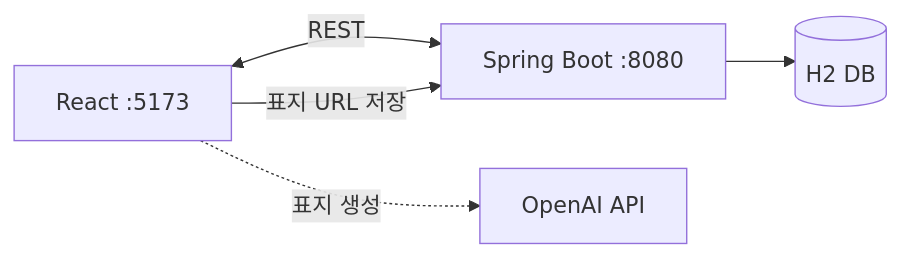
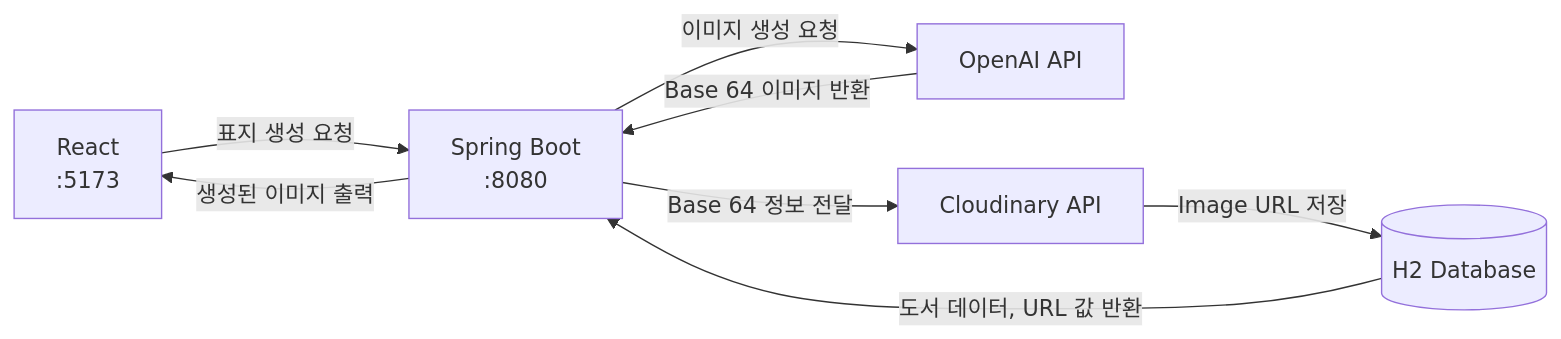
One commit to minwook-Kang/booksBackend changed the second of 4 diagrams in README.md. Above: the diagram before and after it, drawn with Mermaid. The commit also changed other lines of this file, not shown here.

````diff
--- a/README.md
+++ b/README.md
@@ -46,7 +50,16 @@
 ```mermaid
 flowchart LR
-    R[React :5173] <-->|REST| S[Spring Boot :8080]
-    S --> H2[(H2 DB)]
-    R -.->|표지 생성| OAI[OpenAI API]
-    R -->|표지 URL 저장| S
+    R[React<br/>:5173]
+    S[Spring Boot<br/>:8080]
+    O[OpenAI API]
+    C[Cloudinary API]
+    H2[(H2 Database)]
+
+    R -->|표지 생성 요청| S
+    S -->|이미지 생성 요청| O
+    O -->|Base 64 이미지 반환| S
+    S -->|Base 64 정보 전달| C
+    C -->|Image URL 저장| H2
+    H2 -->|도서 데이터, URL 값 반환| S
+    S -->|생성된 이미지 출력| R
 ```
````
